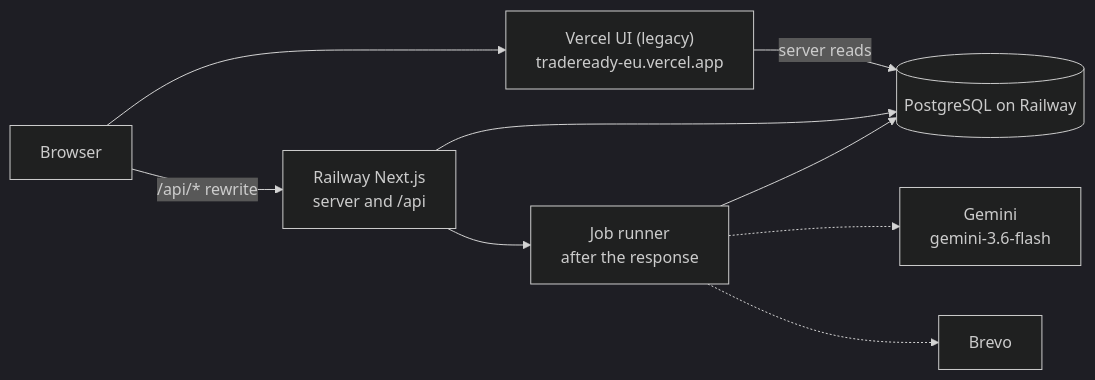
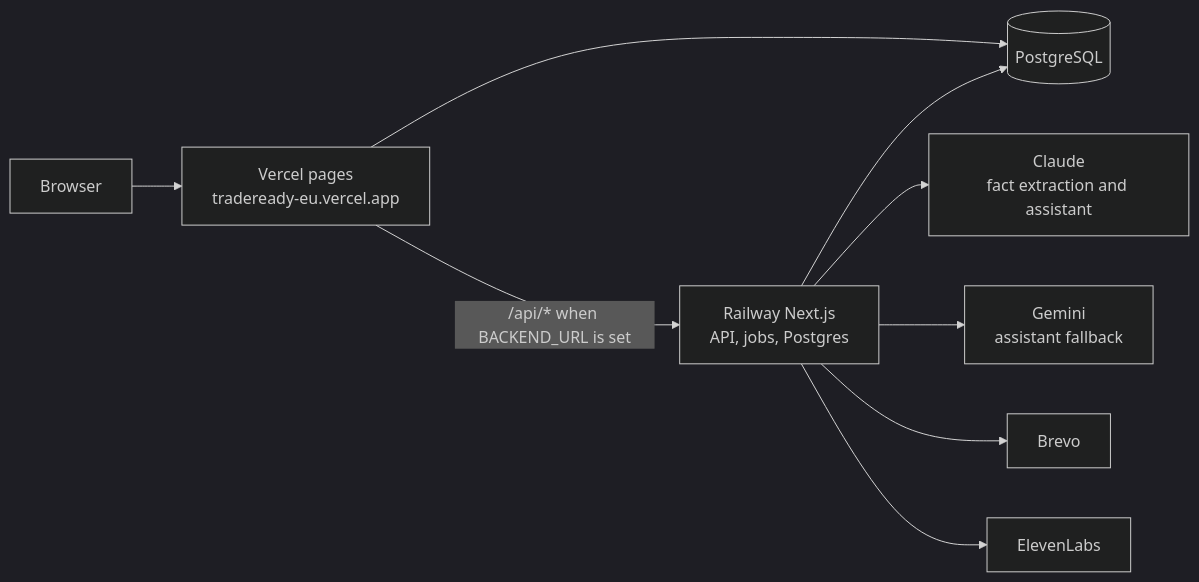
One commit to namnhatpham1995/hackathon-stuttgart-2026 changed the diagram in README.md. Above: the diagram before and after it, drawn with Mermaid (dark theme). The commit also changed other lines of this file and 1 other file, not shown here.

First line of the commit message:
docs: rewrite the TradeReady submission README

````diff
--- a/README.md
+++ b/README.md
@@ -50,19 +33,20 @@
 ```mermaid
 flowchart LR
   browser[Browser]
-  vercel["Vercel UI (legacy)<br/>tradeready-eu.vercel.app"]
-  railway["Railway Next.js<br/>server and /api"]
-  runner["Job runner<br/>after the response"]
-  postgres[(PostgreSQL on Railway)]
-  gemini["Gemini<br/>gemini-3.6-flash"]
+  vercel["Vercel pages<br/>tradeready-eu.vercel.app"]
+  railway["Railway Next.js<br/>API, jobs, Postgres"]
+  postgres[(PostgreSQL)]
+  claude["Claude<br/>fact extraction and assistant"]
+  gemini["Gemini<br/>assistant fallback"]
   brevo[Brevo]
+  eleven[ElevenLabs]
 
   browser --> vercel
-  browser -->|"/api/* rewrite"| railway
-  vercel -->|"server reads"| postgres
+  vercel -->|"/api/* when BACKEND_URL is set"| railway
+  vercel --> postgres
   railway --> postgres
-  railway --> runner
-  runner --> postgres
-  runner -.-> gemini
-  runner -.-> brevo
+  railway --> claude
+  railway --> gemini
+  railway --> brevo
+  railway --> eleven
 ```
````
